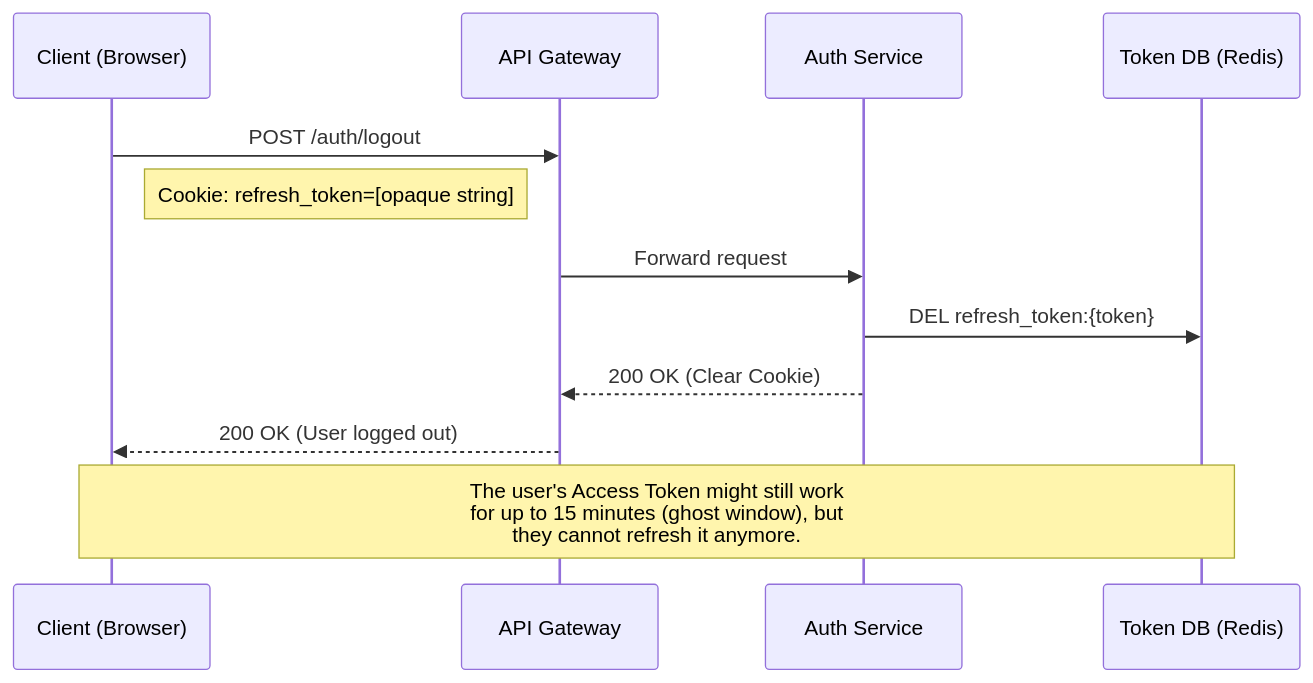
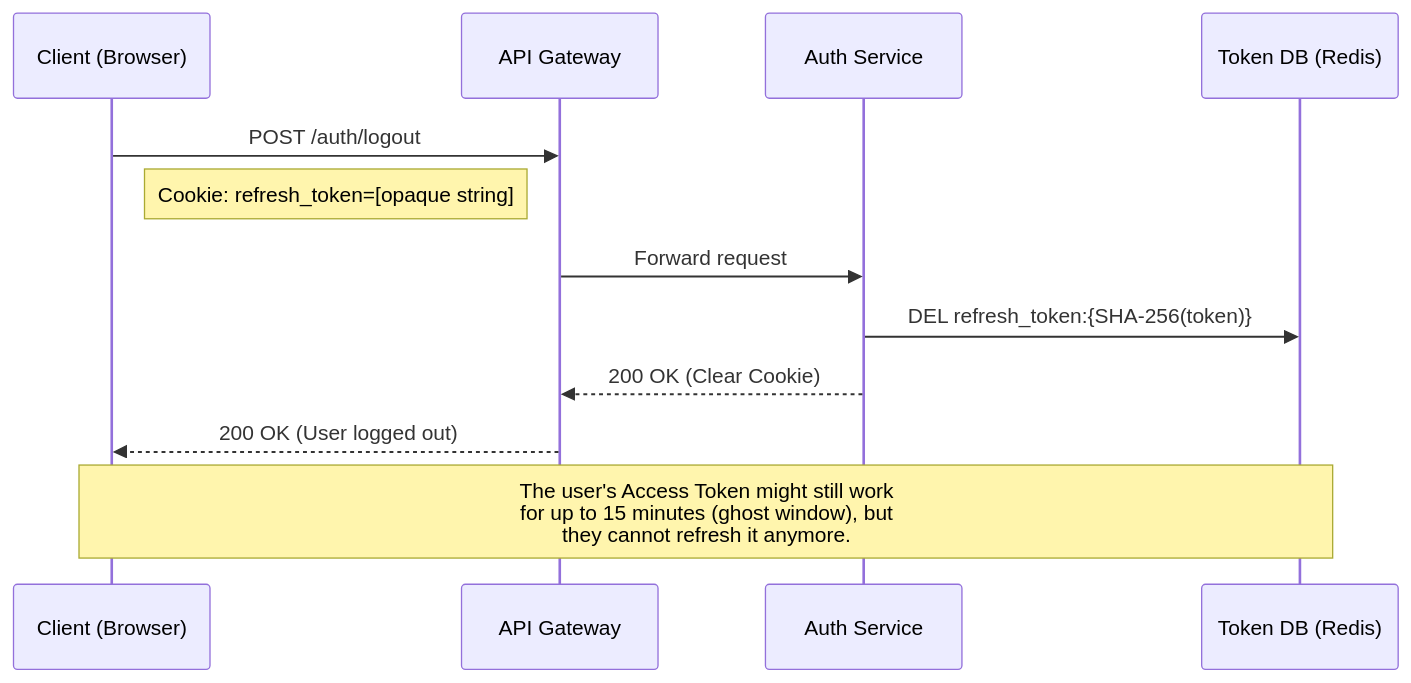
Before and after one commit to boycececil666gmailcom/Microservice-Auth-Platform: the fourth of 4 diagrams in design/auth/01-auth-flow.md, drawn with Mermaid. The commit also changed other lines of this file and 78 other files, not shown here.

````diff
--- a/design/auth/01-auth-flow.md
+++ b/design/auth/01-auth-flow.md
@@ -176,18 +179,18 @@
 ```mermaid
 sequenceDiagram
     participant C as Client (Browser)
     participant G as API Gateway
     participant A as Auth Service
     participant R as Token DB (Redis)
 
     C->>G: POST /auth/logout
     Note right of C: Cookie: refresh_token=[opaque string]
     
     G->>A: Forward request
-    A->>R: DEL refresh_token:{token}
+    A->>R: DEL refresh_token:{SHA-256(token)}
     
     A-->>G: 200 OK (Clear Cookie)
     G-->>C: 200 OK (User logged out)
     
     Note over C,R: The user's Access Token might still work<br/>for up to 15 minutes (ghost window), but<br/>they cannot refresh it anymore.
 ```
````
